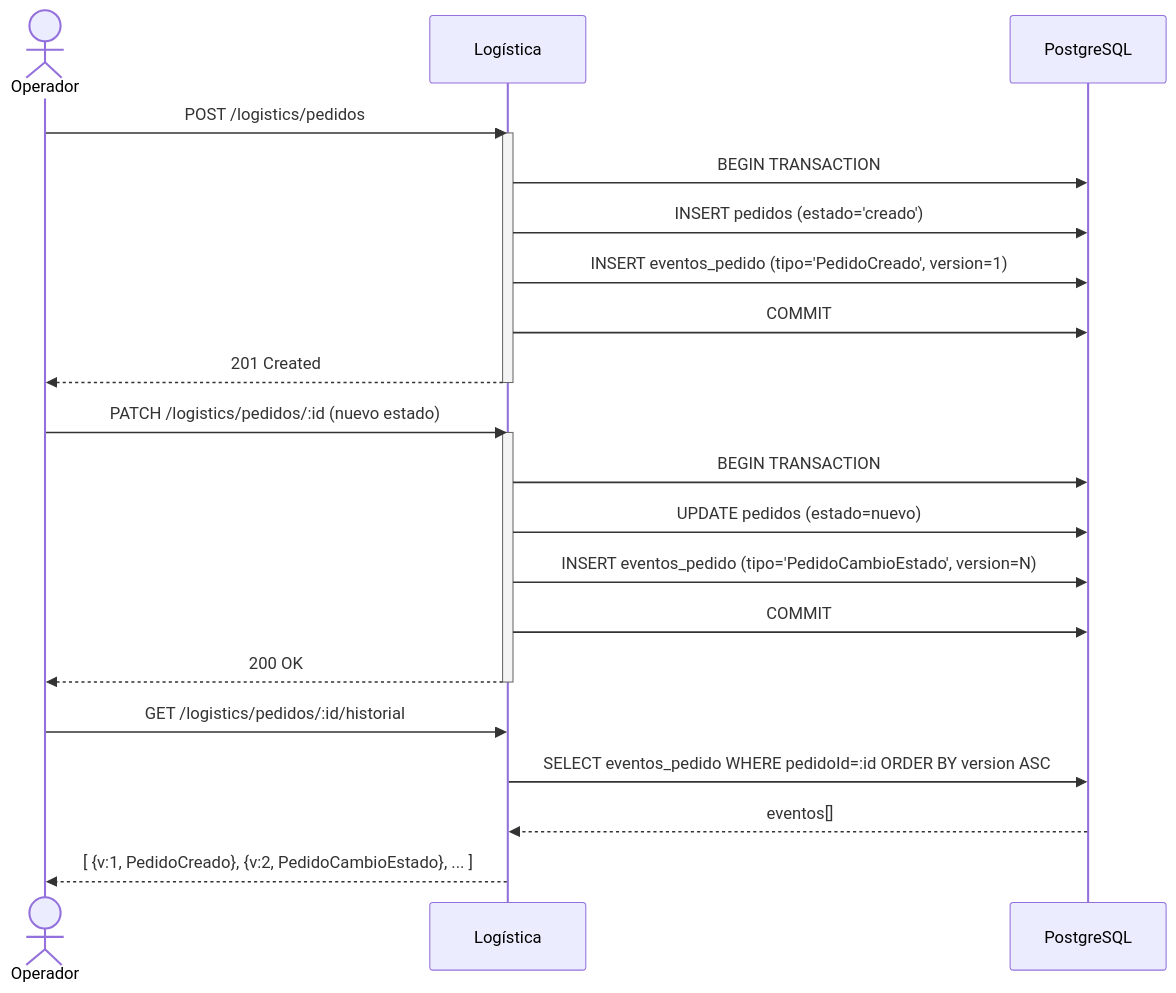
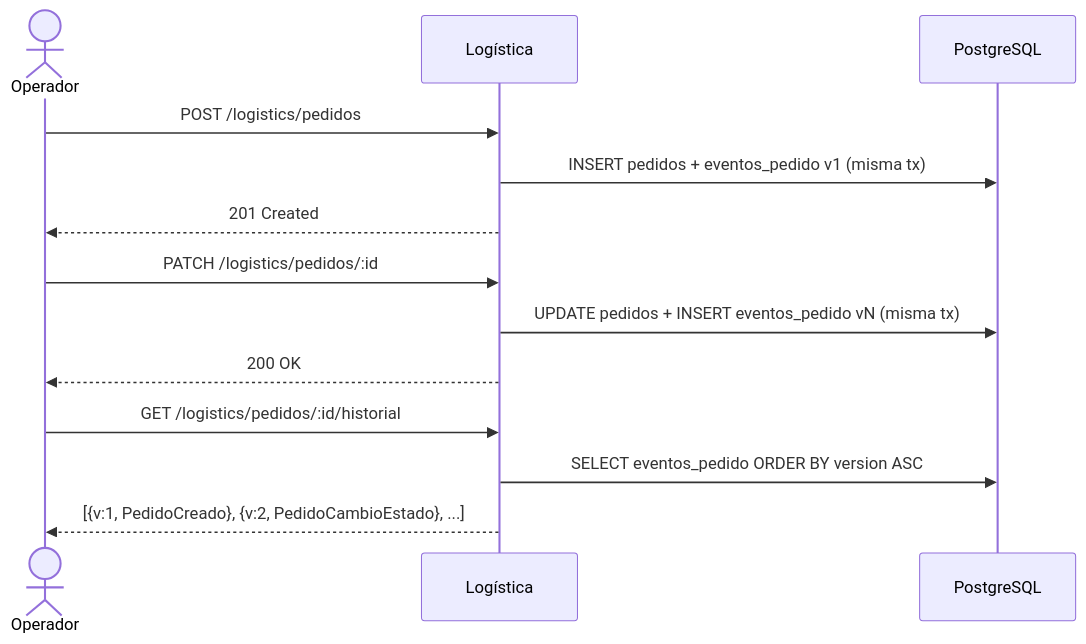
The third of 3 diagrams in lab_8/lab_8_eda_cqrs_event_sourcing.md (ISIS-2212-Arquitecturas-Robustas/laboratorios), drawn with Mermaid before and after one commit. The commit also changed other lines of this file, not shown here.

Commit message:
Diagrama

````diff
--- a/lab_8/lab_8_eda_cqrs_event_sourcing.md
+++ b/lab_8/lab_8_eda_cqrs_event_sourcing.md
@@ -195,29 +171,18 @@
 ```mermaid
 sequenceDiagram
     actor Operador
-    participant L as Logística
-    participant PG as PostgreSQL
+    participant Logística
+    participant PostgreSQL
 
-    Operador->>L: POST /logistics/pedidos
-    activate L
-    L->>PG: BEGIN TRANSACTION
-    L->>PG: INSERT pedidos (estado='creado')
-    L->>PG: INSERT eventos_pedido (tipo='PedidoCreado', version=1)
-    L->>PG: COMMIT
-    L-->>Operador: 201 Created
-    deactivate L
+    Operador->>Logística: POST /logistics/pedidos
+    Logística->>PostgreSQL: INSERT pedidos + eventos_pedido v1 (misma tx)
+    Logística-->>Operador: 201 Created
 
-    Operador->>L: PATCH /logistics/pedidos/:id (nuevo estado)
-    activate L
-    L->>PG: BEGIN TRANSACTION
-    L->>PG: UPDATE pedidos (estado=nuevo)
-    L->>PG: INSERT eventos_pedido (tipo='PedidoCambioEstado', version=N)
-    L->>PG: COMMIT
-    L-->>Operador: 200 OK
-    deactivate L
+    Operador->>Logística: PATCH /logistics/pedidos/:id
+    Logística->>PostgreSQL: UPDATE pedidos + INSERT eventos_pedido vN (misma tx)
+    Logística-->>Operador: 200 OK
 
-    Operador->>L: GET /logistics/pedidos/:id/historial
-    L->>PG: SELECT eventos_pedido WHERE pedidoId=:id ORDER BY version ASC
-    PG-->>L: eventos[]
-    L-->>Operador: [ {v:1, PedidoCreado}, {v:2, PedidoCambioEstado}, ... ]
+    Operador->>Logística: GET /logistics/pedidos/:id/historial
+    Logística->>PostgreSQL: SELECT eventos_pedido ORDER BY version ASC
+    Logística-->>Operador: [{v:1, PedidoCreado}, {v:2, PedidoCambioEstado}, ...]
 ```
````
